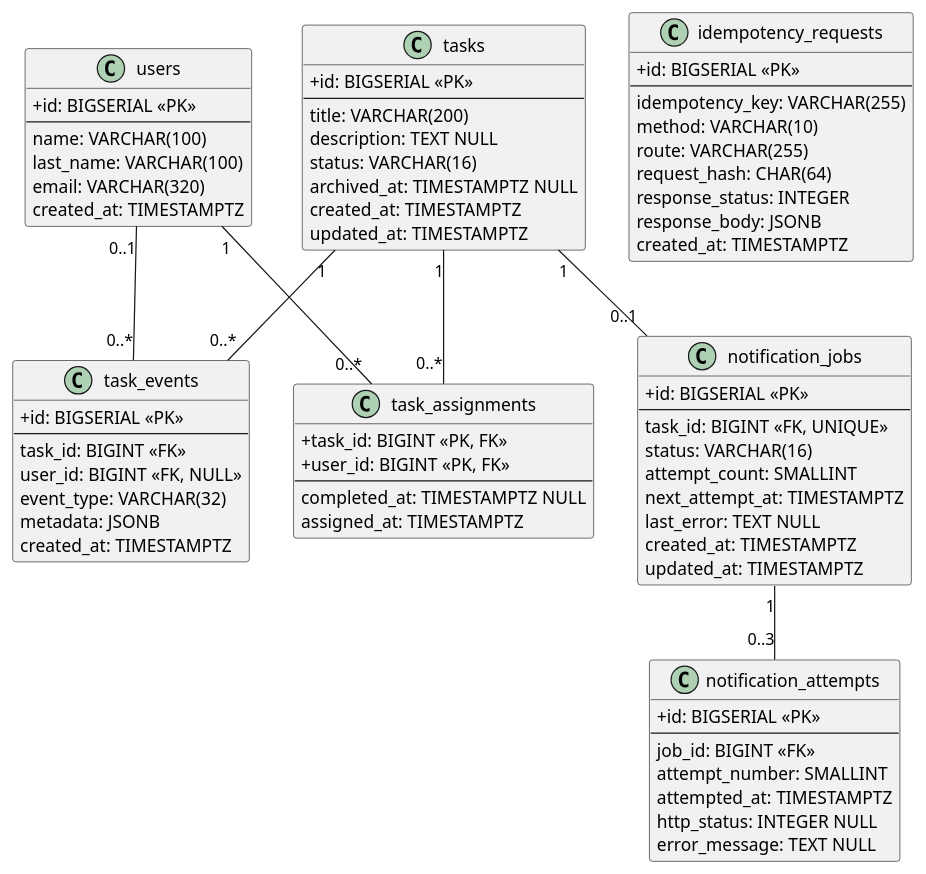
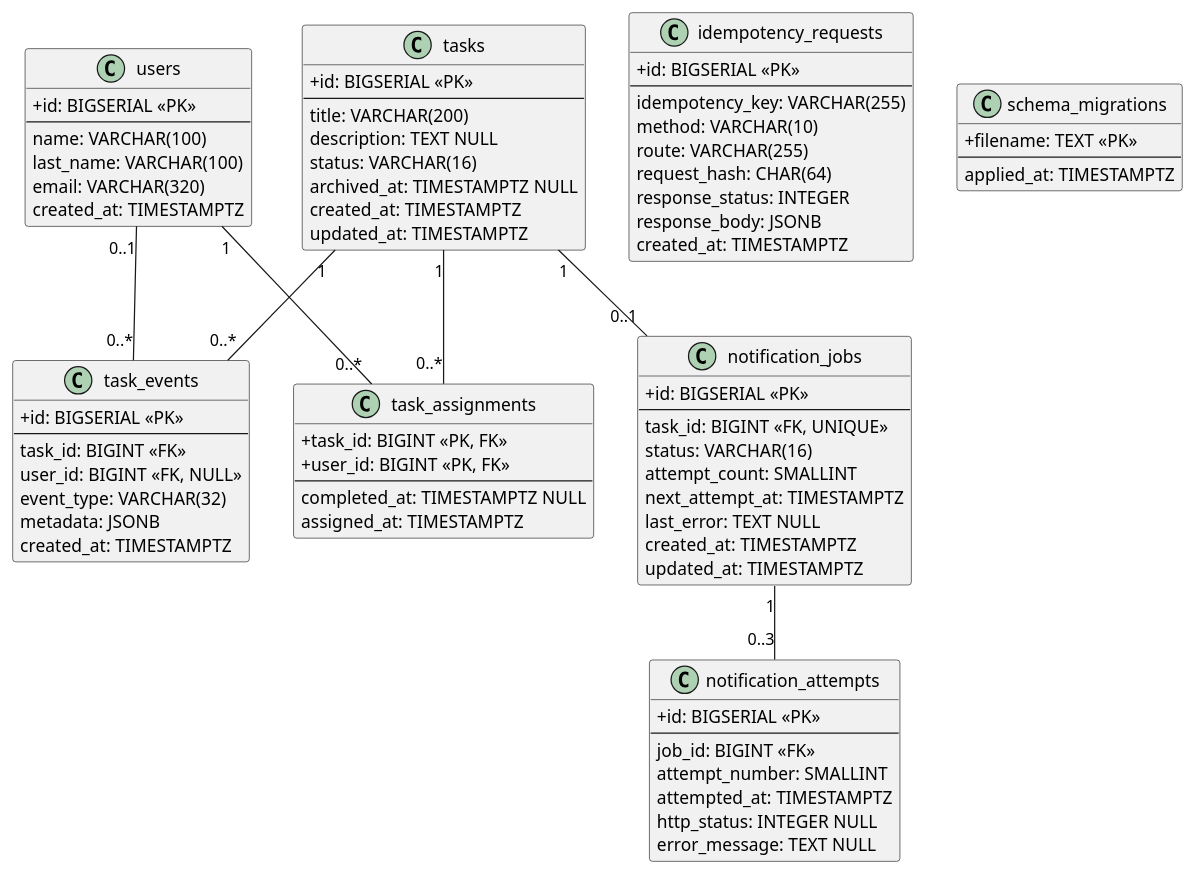
One commit to angel-pilo/geest-backend-challenge changed the diagram in docs/database-uml.puml. Above: the diagram before and after it, drawn with PlantUML. The commit also changed 2 other files, not shown here.

Commit message:
docs: complete README and database UML

```diff
--- a/docs/database-uml.puml
+++ b/docs/database-uml.puml
@@ -1,83 +1,89 @@
 @startuml
 hide methods
 skinparam classAttributeIconSize 0
 
 class users {
   + id: BIGSERIAL <<PK>>
   --
   name: VARCHAR(100)
   last_name: VARCHAR(100)
   email: VARCHAR(320)
   created_at: TIMESTAMPTZ
 }
 
 class tasks {
   + id: BIGSERIAL <<PK>>
   --
   title: VARCHAR(200)
   description: TEXT NULL
   status: VARCHAR(16)
   archived_at: TIMESTAMPTZ NULL
   created_at: TIMESTAMPTZ
   updated_at: TIMESTAMPTZ
 }
 
 class task_assignments {
   + task_id: BIGINT <<PK, FK>>
   + user_id: BIGINT <<PK, FK>>
   --
   completed_at: TIMESTAMPTZ NULL
   assigned_at: TIMESTAMPTZ
 }
 
 class idempotency_requests {
   + id: BIGSERIAL <<PK>>
   --
   idempotency_key: VARCHAR(255)
   method: VARCHAR(10)
   route: VARCHAR(255)
   request_hash: CHAR(64)
   response_status: INTEGER
   response_body: JSONB
   created_at: TIMESTAMPTZ
 }
 
 class notification_jobs {
   + id: BIGSERIAL <<PK>>
   --
   task_id: BIGINT <<FK, UNIQUE>>
   status: VARCHAR(16)
   attempt_count: SMALLINT
   next_attempt_at: TIMESTAMPTZ
   last_error: TEXT NULL
   created_at: TIMESTAMPTZ
   updated_at: TIMESTAMPTZ
 }
 
 class notification_attempts {
   + id: BIGSERIAL <<PK>>
   --
   job_id: BIGINT <<FK>>
   attempt_number: SMALLINT
   attempted_at: TIMESTAMPTZ
   http_status: INTEGER NULL
   error_message: TEXT NULL
 }
 
 class task_events {
   + id: BIGSERIAL <<PK>>
   --
   task_id: BIGINT <<FK>>
   user_id: BIGINT <<FK, NULL>>
   event_type: VARCHAR(32)
   metadata: JSONB
   created_at: TIMESTAMPTZ
 }
 
+class schema_migrations {
+  + filename: TEXT <<PK>>
+  --
+  applied_at: TIMESTAMPTZ
+}
+
 users "1" -- "0..*" task_assignments
 tasks "1" -- "0..*" task_assignments
 tasks "1" -- "0..1" notification_jobs
 notification_jobs "1" -- "0..3" notification_attempts
 tasks "1" -- "0..*" task_events
 users "0..1" -- "0..*" task_events
 @enduml
```
